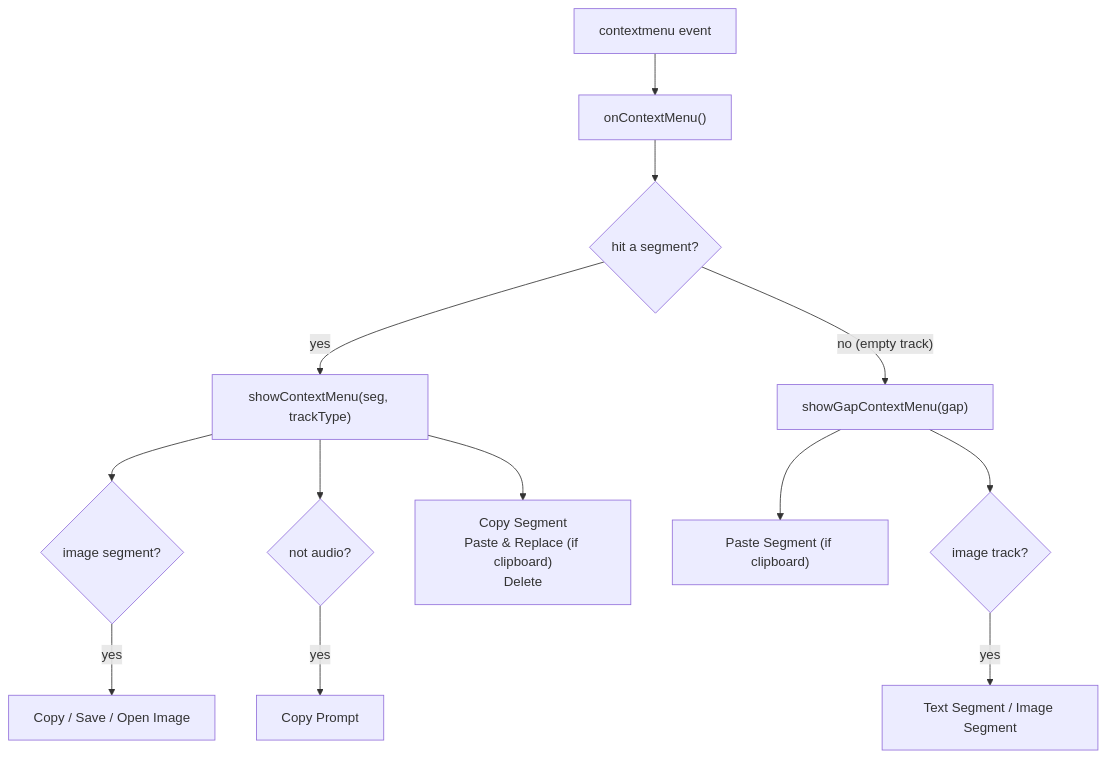
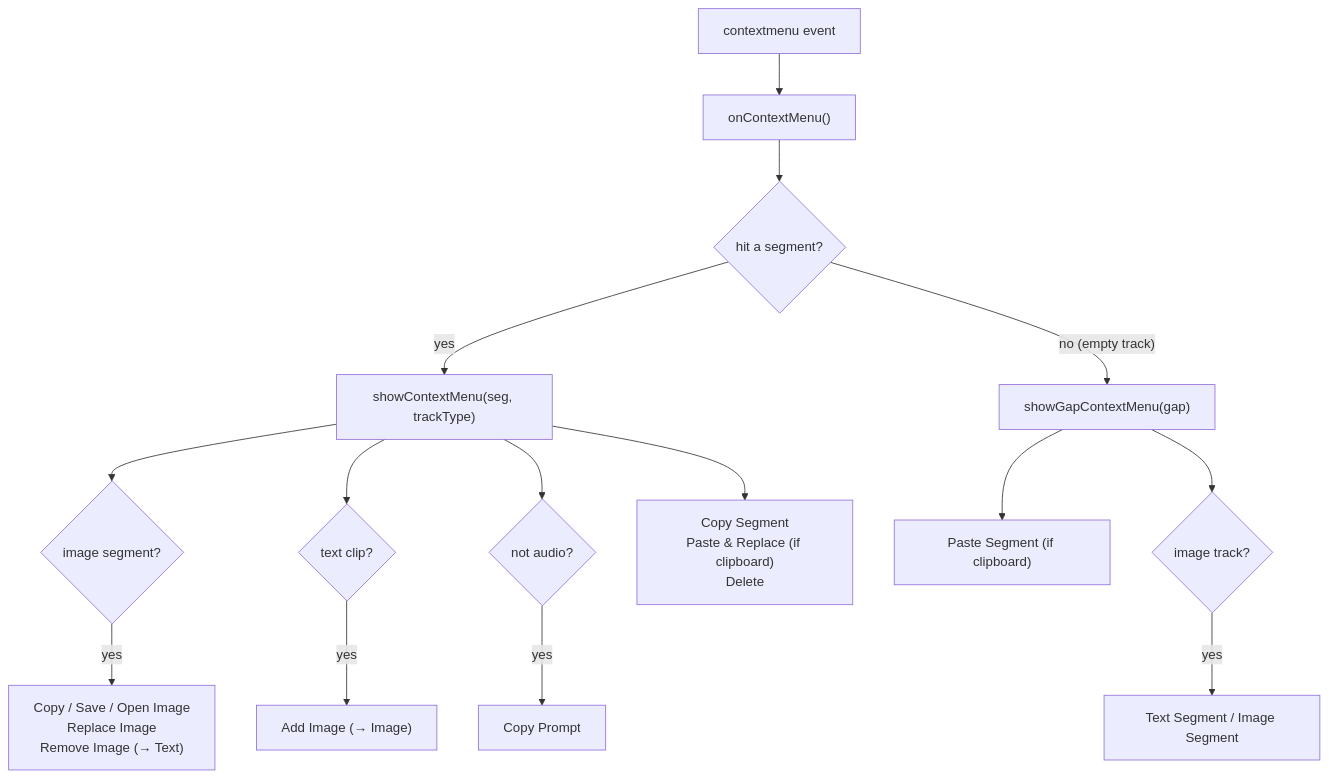
One commit to baslack/WhatDreamsCost-ComfyUI changed the second of 6 diagrams in docs/ltx-director.md. Above: the diagram before and after it, drawn with Mermaid. The commit also changed other lines of this file and 2 other files, not shown here.

First line of the commit message:
docs: cover clip conversion, timeline save/load + bundle, visibility persistence

````diff
--- a/docs/ltx-director.md
+++ b/docs/ltx-director.md
@@ -143,17 +154,19 @@
 ```mermaid
 flowchart TD
     rc["contextmenu event"] --> oc["onContextMenu()"]
     oc --> hit{"hit a segment?"}
     hit -->|yes| scm["showContextMenu(seg, trackType)"]
     hit -->|"no (empty track)"| sgcm["showGapContextMenu(gap)"]
 
     scm --> img{"image segment?"}
-    img -->|yes| imgops["Copy / Save / Open Image"]
+    img -->|yes| imgops["Copy / Save / Open Image<br/>Replace Image<br/>Remove Image (→ Text)"]
+    scm --> txt{"text clip?"}
+    txt -->|yes| addimg["Add Image (→ Image)"]
     scm --> prompt{"not audio?"}
     prompt -->|yes| copyp["Copy Prompt"]
     scm --> always["Copy Segment<br/>Paste & Replace (if clipboard)<br/>Delete"]
 
     sgcm --> paste["Paste Segment (if clipboard)"]
     sgcm --> imgtrack{"image track?"}
     imgtrack -->|yes| addnew["Text Segment / Image Segment"]
 ```
````
